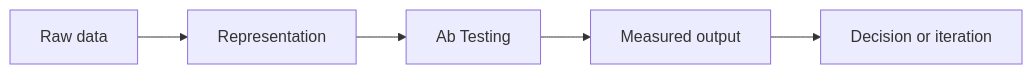
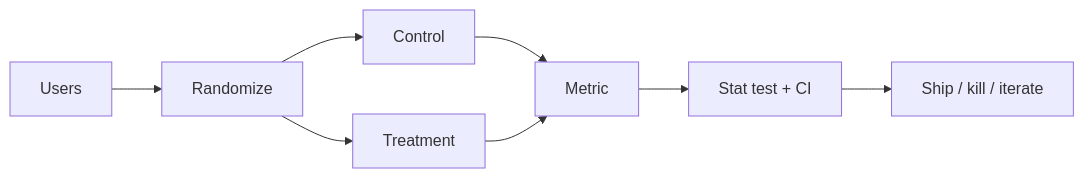
Before and after one commit to Icon1cc/Machine-Learning: the diagram in statistics/10-ab-testing.md, drawn with Mermaid. The commit also changed other lines of this file and 264 other files, not shown here.

````diff
--- a/statistics/10-ab-testing.md
+++ b/statistics/10-ab-testing.md
@@ -92,7 +65,10 @@
 ```mermaid
 flowchart LR
-    A[Raw data] --> B[Representation]
-    B --> C[Ab Testing]
-    C --> D[Measured output]
-    D --> E[Decision or iteration]
+    U[Users] --> R[Randomize]
+    R --> A[Control]
+    R --> B[Treatment]
+    A --> M[Metric]
+    B --> M
+    M --> St[Stat test + CI]
+    St --> Dec[Ship / kill / iterate]
 ```
````
